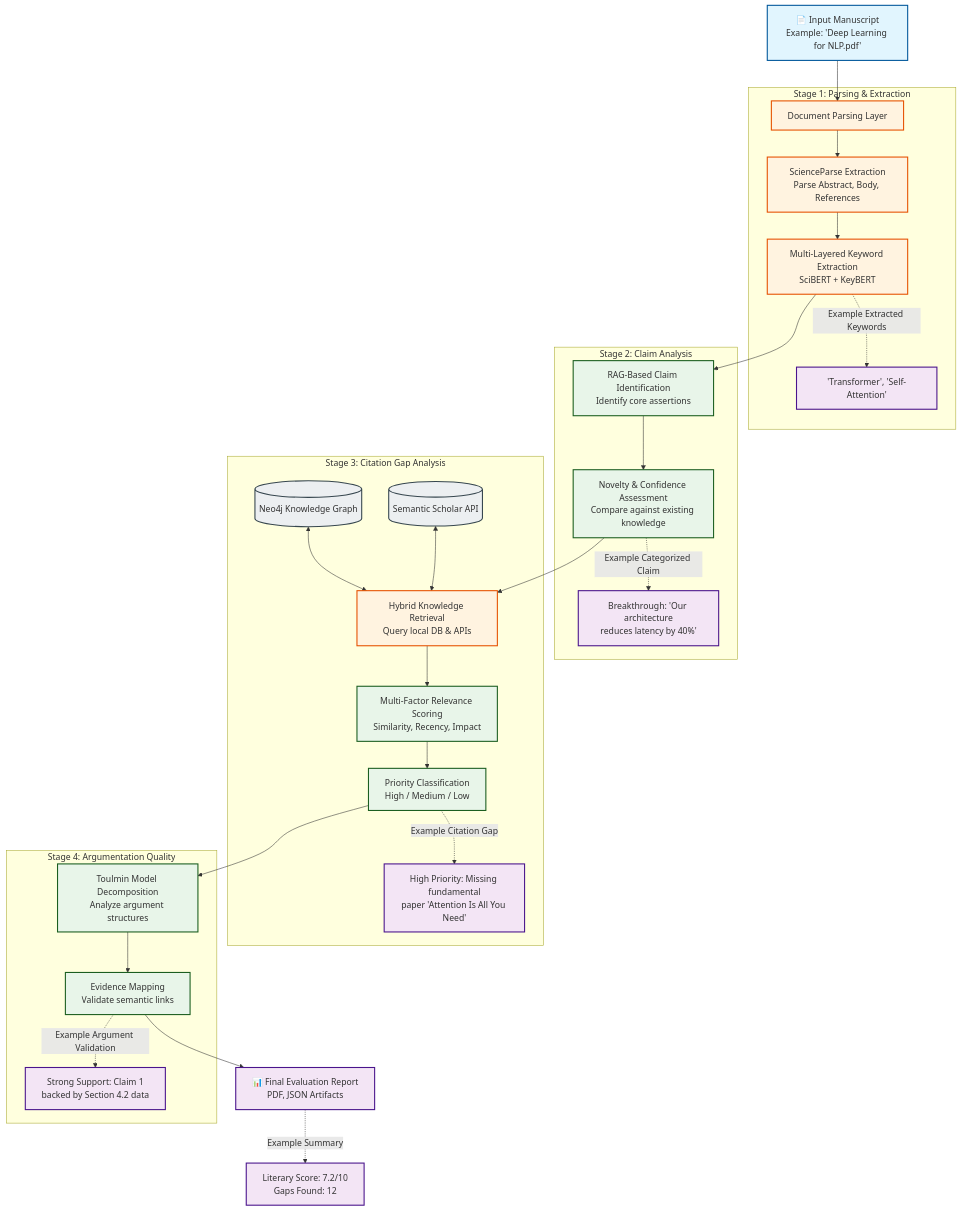
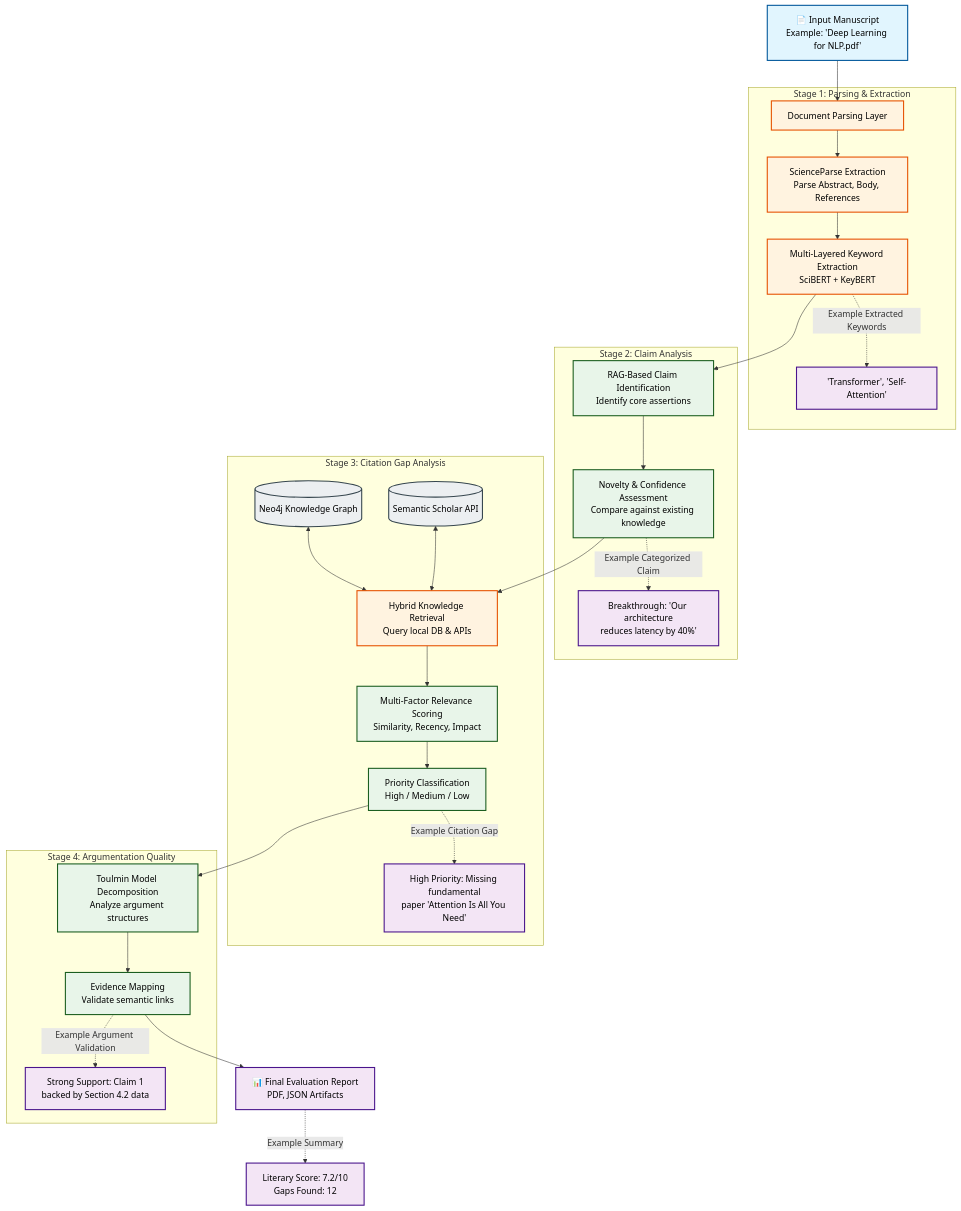
One commit to vanshpatil16/IIT-Patna changed the diagram in README.md. Above: the diagram before and after it, drawn with Mermaid.

Commit message:
style: make mermaid diagram font color black for better readability

````diff
--- a/README.md
+++ b/README.md
@@ -158,41 +158,41 @@
 ```mermaid
 graph TD
     %% Formatting styles setup
-    classDef input fill:#e1f5fe,stroke:#01579b,stroke-width:2px;
-    classDef process fill:#fff3e0,stroke:#e65100,stroke-width:2px;
-    classDef analyze fill:#e8f5e9,stroke:#1b5e20,stroke-width:2px;
-    classDef output fill:#f3e5f5,stroke:#4a148c,stroke-width:2px;
-    classDef db fill:#eceff1,stroke:#37474f,stroke-width:2px;
+    classDef input fill:#e1f5fe,stroke:#01579b,stroke-width:2px,color:#000;
+    classDef process fill:#fff3e0,stroke:#e65100,stroke-width:2px,color:#000;
+    classDef analyze fill:#e8f5e9,stroke:#1b5e20,stroke-width:2px,color:#000;
+    classDef output fill:#f3e5f5,stroke:#4a148c,stroke-width:2px,color:#000;
+    classDef db fill:#eceff1,stroke:#37474f,stroke-width:2px,color:#000;
 
     A["📄 Input Manuscript<br/>Example: 'Deep Learning for NLP.pdf'"]:::input --> B[Document Parsing Layer]:::process
 
     subgraph Stage 1: Parsing & Extraction
         B --> C[ScienceParse Extraction<br/>Parse Abstract, Body, References]:::process
         C --> D[Multi-Layered Keyword Extraction<br/>SciBERT + KeyBERT]:::process
         D -.-> |Example Extracted Keywords| D_Ex["'Transformer', 'Self-Attention'"]:::output
     end
 
     subgraph Stage 2: Claim Analysis
         D --> E[RAG-Based Claim Identification<br/>Identify core assertions]:::analyze
         E --> F[Novelty & Confidence Assessment<br/>Compare against existing knowledge]:::analyze
         F -.-> |Example Categorized Claim| F_Ex["Breakthrough: 'Our architecture<br/>reduces latency by 40%'"]:::output
     end
 
     subgraph Stage 3: Citation Gap Analysis
         F --> G[Hybrid Knowledge Retrieval<br/>Query local DB & APIs]:::process
         DB1[(Neo4j Knowledge Graph)]:::db <--> G
         DB2[(Semantic Scholar API)]:::db <--> G
         G --> H[Multi-Factor Relevance Scoring<br/>Similarity, Recency, Impact]:::analyze
         H --> I[Priority Classification<br/>High / Medium / Low]:::analyze
         I -.-> |Example Citation Gap| I_Ex["High Priority: Missing fundamental<br/>paper 'Attention Is All You Need'"]:::output
     end
 
     subgraph Stage 4: Argumentation Quality
         I --> J[Toulmin Model Decomposition<br/>Analyze argument structures]:::analyze
         J --> K[Evidence Mapping<br/>Validate semantic links]:::analyze
         K -.-> |Example Argument Validation| K_Ex["Strong Support: Claim 1<br/>backed by Section 4.2 data"]:::output
     end
 
     K --> L[📊 Final Evaluation Report<br/>PDF, JSON Artifacts]:::output
     L -.-> |Example Summary| L_Ex["Literary Score: 7.2/10<br/>Gaps Found: 12"]:::output
 ```
````
